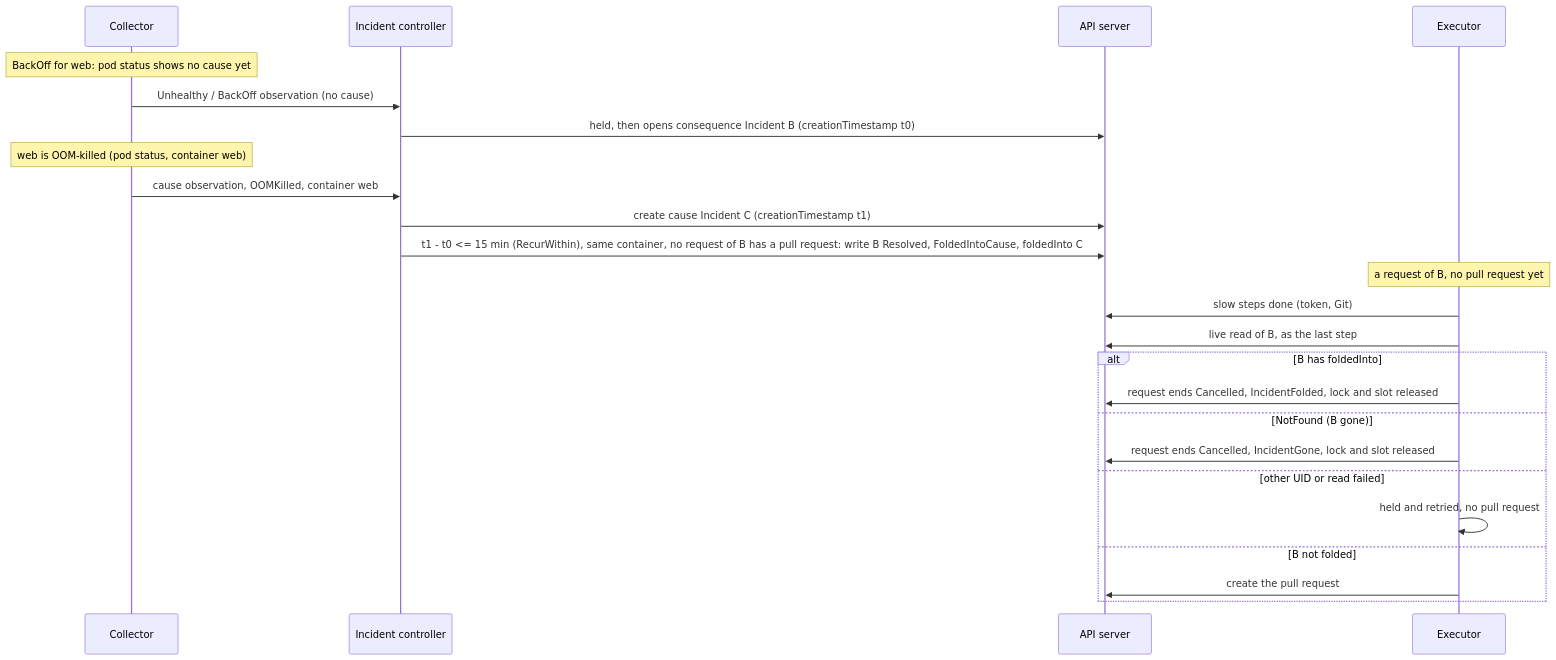
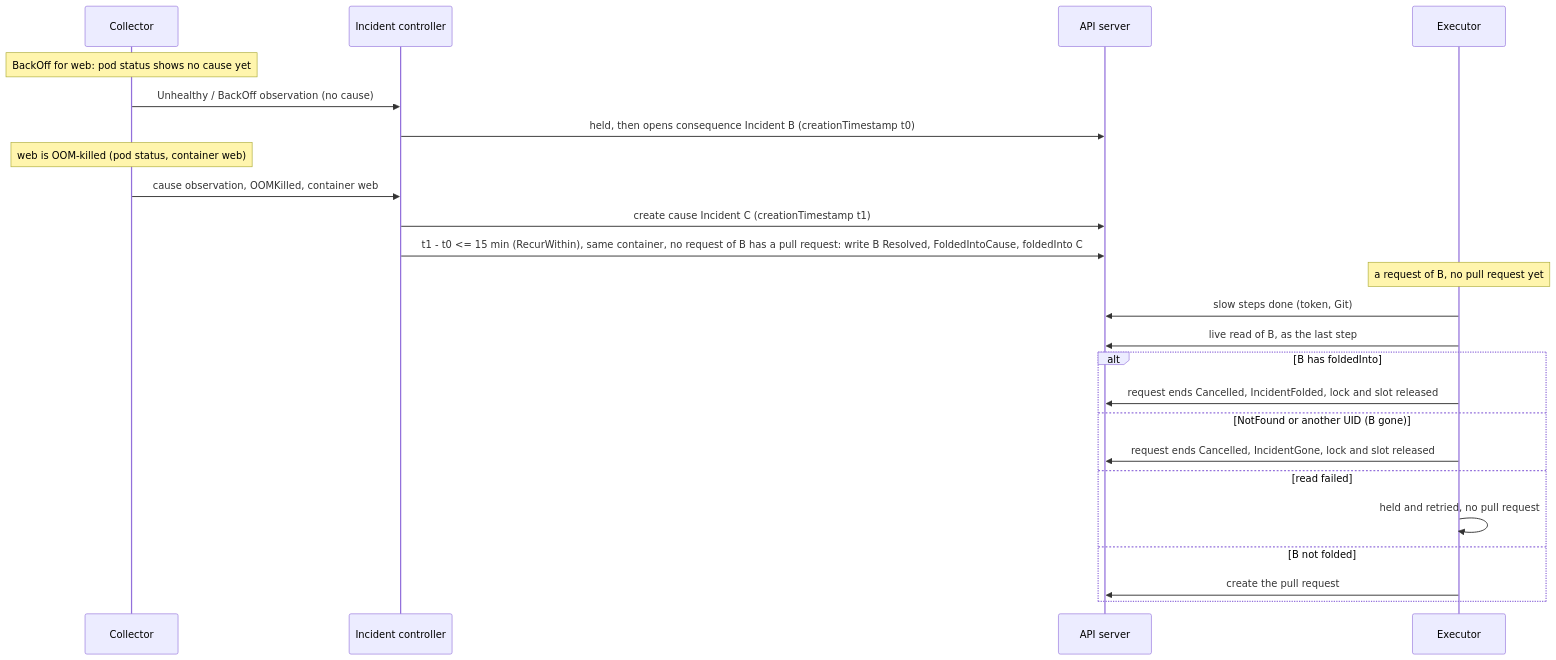
Before and after one commit to pkalin/shadewright: the diagram in docs/adr/0039-consequence-symptoms-attach-to-their-causes-incident.md, drawn with Mermaid. The commit also changed other lines of this file and 3 other files, not shown here.

First line of the commit message:
docs(adr): fold only kubelet consequences, treat another UID as gone, list open questions

````diff
--- a/docs/adr/0039-consequence-symptoms-attach-to-their-causes-incident.md
+++ b/docs/adr/0039-consequence-symptoms-attach-to-their-causes-incident.md
@@ -122,26 +123,26 @@
 ```mermaid
 sequenceDiagram
     participant K as Collector
     participant I as Incident controller
     participant A as API server
     participant E as Executor
     Note over K: BackOff for web: pod status shows no cause yet
     K->>I: Unhealthy / BackOff observation (no cause)
     I->>A: held, then opens consequence Incident B (creationTimestamp t0)
     Note over K: web is OOM-killed (pod status, container web)
     K->>I: cause observation, OOMKilled, container web
     I->>A: create cause Incident C (creationTimestamp t1)
     I->>A: t1 - t0 <= 15 min (RecurWithin), same container, no request of B has a pull request: write B Resolved, FoldedIntoCause, foldedInto C
     Note over E: a request of B, no pull request yet
     E->>A: slow steps done (token, Git)
     E->>A: live read of B, as the last step
     alt B has foldedInto
         E->>A: request ends Cancelled, IncidentFolded, lock and slot released
-    else NotFound (B gone)
+    else NotFound or another UID (B gone)
         E->>A: request ends Cancelled, IncidentGone, lock and slot released
-    else other UID or read failed
+    else read failed
         E->>E: held and retried, no pull request
     else B not folded
         E->>A: create the pull request
     end
 ```
````
